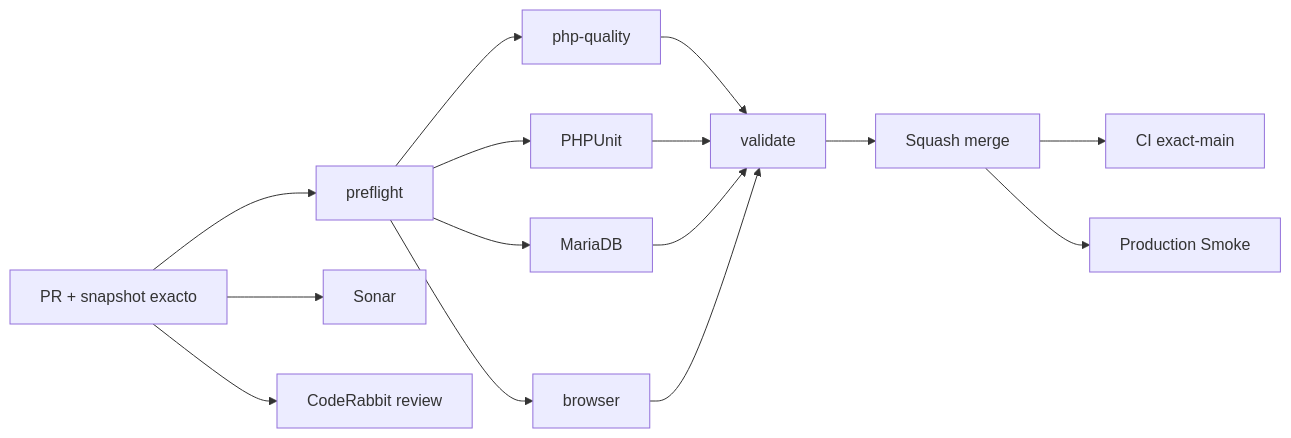
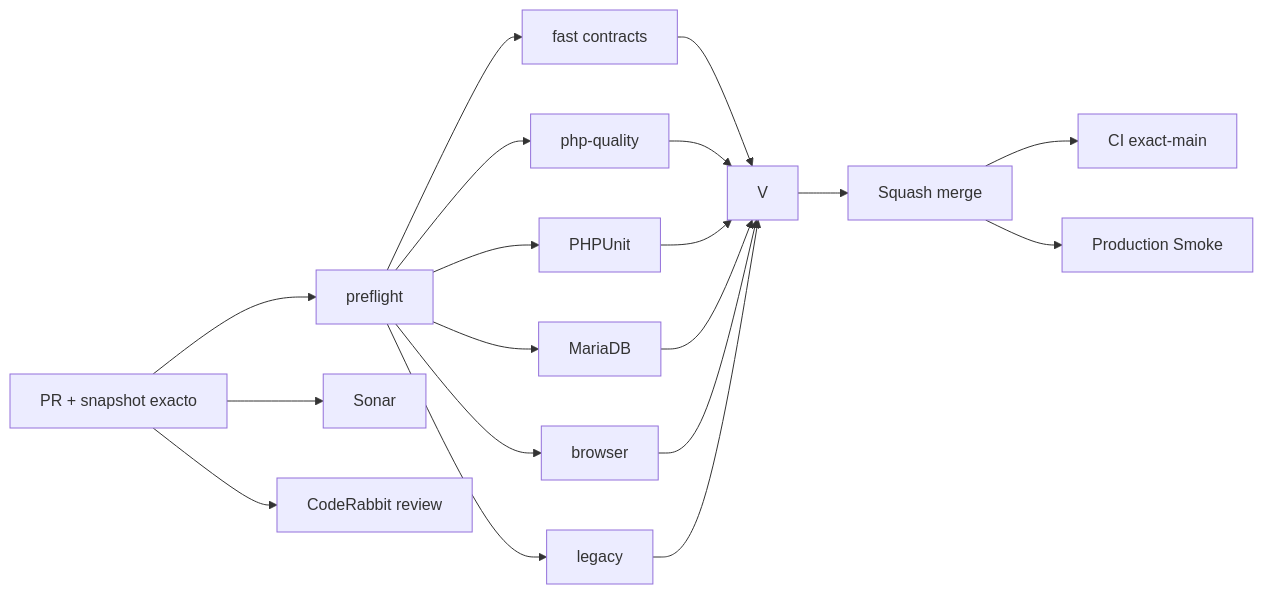
Before and after one commit to drpipe1098-commits/GrindFlow: the diagram in README.md, drawn with Mermaid. The commit also changed other lines of this file, not shown here.

````diff
--- a/README.md
+++ b/README.md
@@ -49,17 +49,21 @@
 ```mermaid
 flowchart LR
     A["PR + snapshot exacto"] --> P["preflight"]
+    P --> F["fast contracts"]
     P --> Q["php-quality"]
     P --> T["PHPUnit"]
     P --> D["MariaDB"]
     P --> B["browser"]
+    P --> L["legacy"]
     A --> S["Sonar"]
     A --> C["CodeRabbit review"]
-    Q --> V["validate"]
+    F --> V
+    Q --> V
     T --> V
     D --> V
     B --> V
+    L --> V
     V --> M["Squash merge"]
     M --> X["CI exact-main"]
     M --> R["Production Smoke"]
 ```
````
